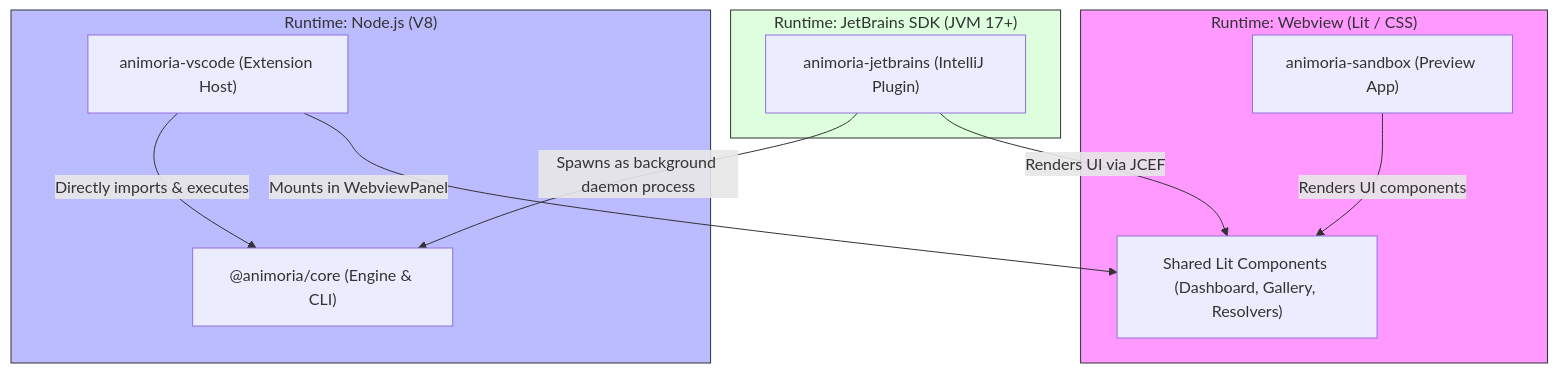
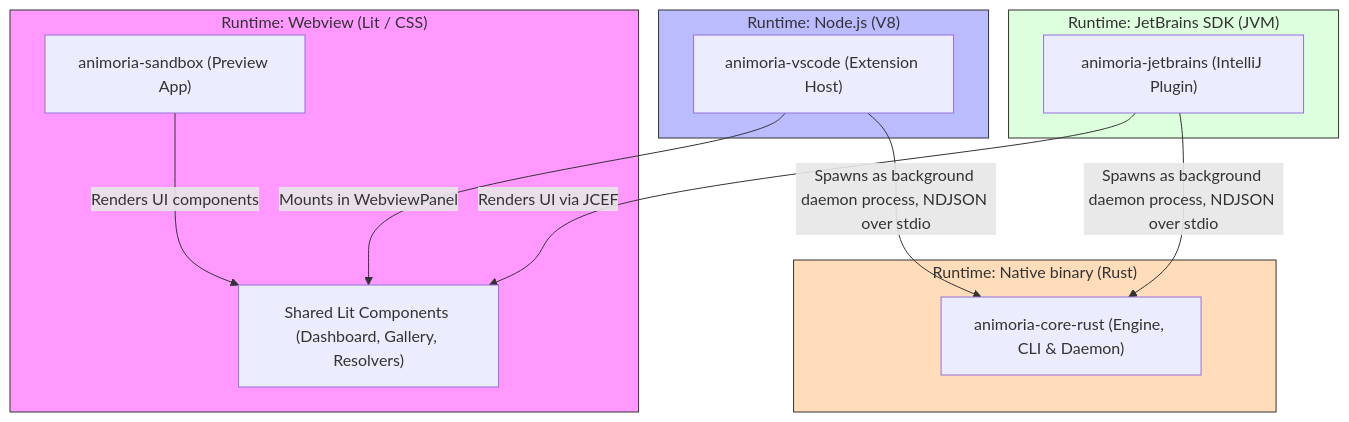
One commit to sxnnyside-project/animoria changed the diagram in docs/ARCHITECTURE.md. Above: the diagram before and after it, drawn with Mermaid. The commit also changed other lines of this file and 466 other files, not shown here.

Commit message:
refactor: complete migration of core engine from TypeScript to Rust

````diff
--- a/docs/ARCHITECTURE.md
+++ b/docs/ARCHITECTURE.md
@@ -11,28 +11,32 @@
 ```mermaid
 graph TD
     %% Environments
     subgraph Browser["Runtime: Webview (Lit / CSS)"]
         sandbox["animoria-sandbox (Preview App)"]
         webview_ui["Shared Lit Components (Dashboard, Gallery, Resolvers)"]
     end
 
     subgraph NodeEnv["Runtime: Node.js (V8)"]
-        core["@animoria/core (Engine & CLI)"]
         vscode["animoria-vscode (Extension Host)"]
     end
 
-    subgraph JVMEnv["Runtime: JetBrains SDK (JVM 17+)"]
+    subgraph JVMEnv["Runtime: JetBrains SDK (JVM)"]
         jetbrains["animoria-jetbrains (IntelliJ Plugin)"]
+    end
+
+    subgraph NativeEnv["Runtime: Native binary (Rust)"]
+        core["animoria-core-rust (Engine, CLI & Daemon)"]
     end
 
     %% Dependencies & Communication
     sandbox -->|Renders UI components| webview_ui
-    vscode -->|Directly imports & executes| core
-    jetbrains -->|Spawns as background daemon process| core
+    vscode -->|Spawns as background daemon process, NDJSON over stdio| core
+    jetbrains -->|Spawns as background daemon process, NDJSON over stdio| core
     jetbrains -->|Renders UI via JCEF| webview_ui
     vscode -->|Mounts in WebviewPanel| webview_ui
 
     style Browser fill:#f9f,stroke:#333,stroke-width:1px
     style NodeEnv fill:#bbf,stroke:#333,stroke-width:1px
     style JVMEnv fill:#dfd,stroke:#333,stroke-width:1px
+    style NativeEnv fill:#fdb,stroke:#333,stroke-width:1px
 ```
````
